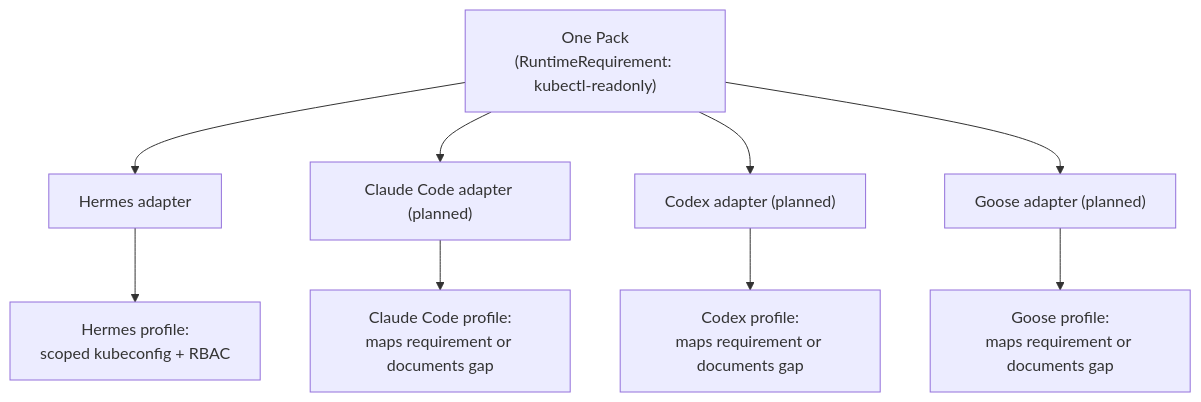
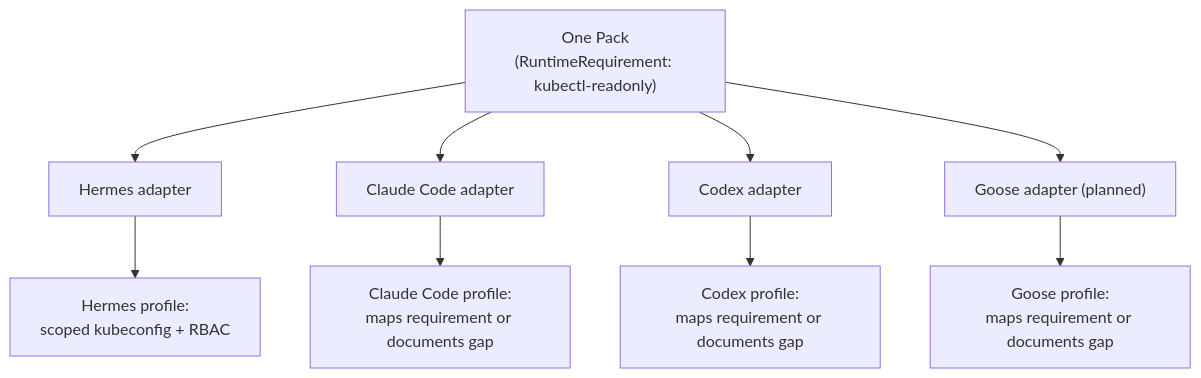
The diagram in docs-site/docs/concepts/engine-neutral.md (agenticdevops/aoh), drawn with Mermaid before and after one commit. The commit also changed other lines of this file and 18 other files, not shown here.

````diff
--- a/docs-site/docs/concepts/engine-neutral.md
+++ b/docs-site/docs/concepts/engine-neutral.md
@@ -38,11 +38,11 @@
 ```mermaid
 flowchart TD
     Pack["One Pack\n(RuntimeRequirement: kubectl-readonly)"] --> H[Hermes adapter]
-    Pack --> C["Claude Code adapter (planned)"]
-    Pack --> X["Codex adapter (planned)"]
+    Pack --> C["Claude Code adapter"]
+    Pack --> X["Codex adapter"]
     Pack --> G["Goose adapter (planned)"]
     H --> HP["Hermes profile:\nscoped kubeconfig + RBAC"]
     C --> CP["Claude Code profile:\nmaps requirement or documents gap"]
     X --> XP["Codex profile:\nmaps requirement or documents gap"]
     G --> GP["Goose profile:\nmaps requirement or documents gap"]
 ```
````
